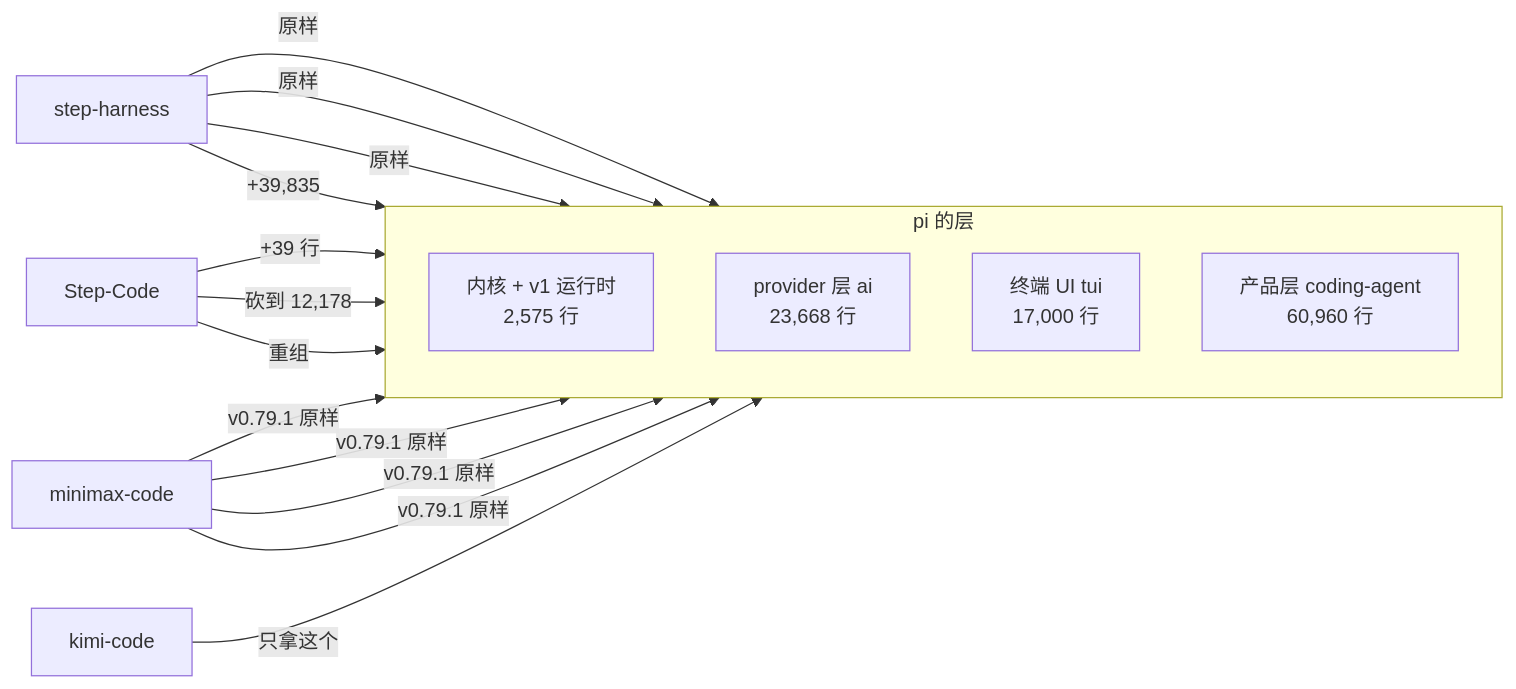
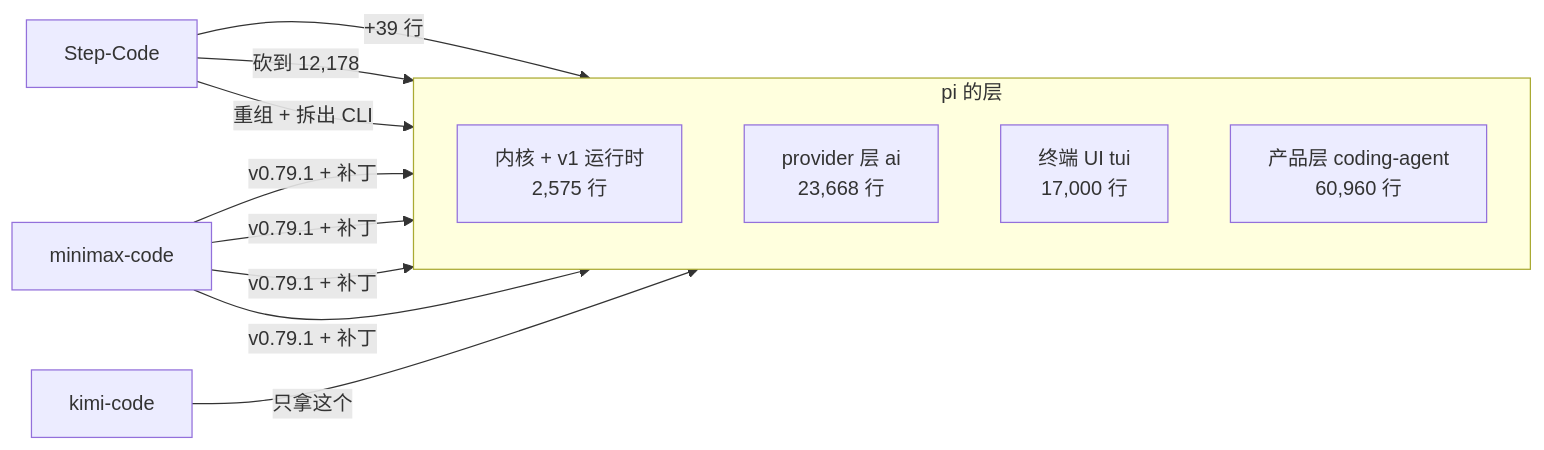
Before and after one commit to xdimtech/code-agent-in-practice: the fourth of 4 diagrams in book/01-choosing/ch02-what-is-pi.md, drawn with Mermaid. The commit also changed other lines of this file and 28 other files, not shown here.

First line of the commit message:
fix: 改以开源 Step-Code 为准，移除 step-harness 引用

````diff
--- a/book/01-choosing/ch02-what-is-pi.md
+++ b/book/01-choosing/ch02-what-is-pi.md
@@ -299,21 +298,18 @@
 ```mermaid
 flowchart LR
   subgraph PI["pi 的层"]
     direction TB
     L["内核 + v1 运行时<br/>2,575 行"]
     A["provider 层 ai<br/>23,668 行"]
     T["终端 UI tui<br/>17,000 行"]
     C["产品层 coding-agent<br/>60,960 行"]
   end
-  sh["step-harness"]
   sc["Step-Code"]
   mm["minimax-code"]
   km["kimi-code"]
-  sh -- "原样" --> L & A & T
-  sh -- "+39,835" --> C
   sc -- "+39 行" --> L
   sc -- "砍到 12,178" --> A
-  sc -- "重组" --> C
-  mm -- "v0.79.1 原样" --> L & A & T & C
+  sc -- "重组 + 拆出 CLI" --> C
+  mm -- "v0.79.1 + 补丁" --> L & A & T & C
   km -- "只拿这个" --> T
 ```
````
